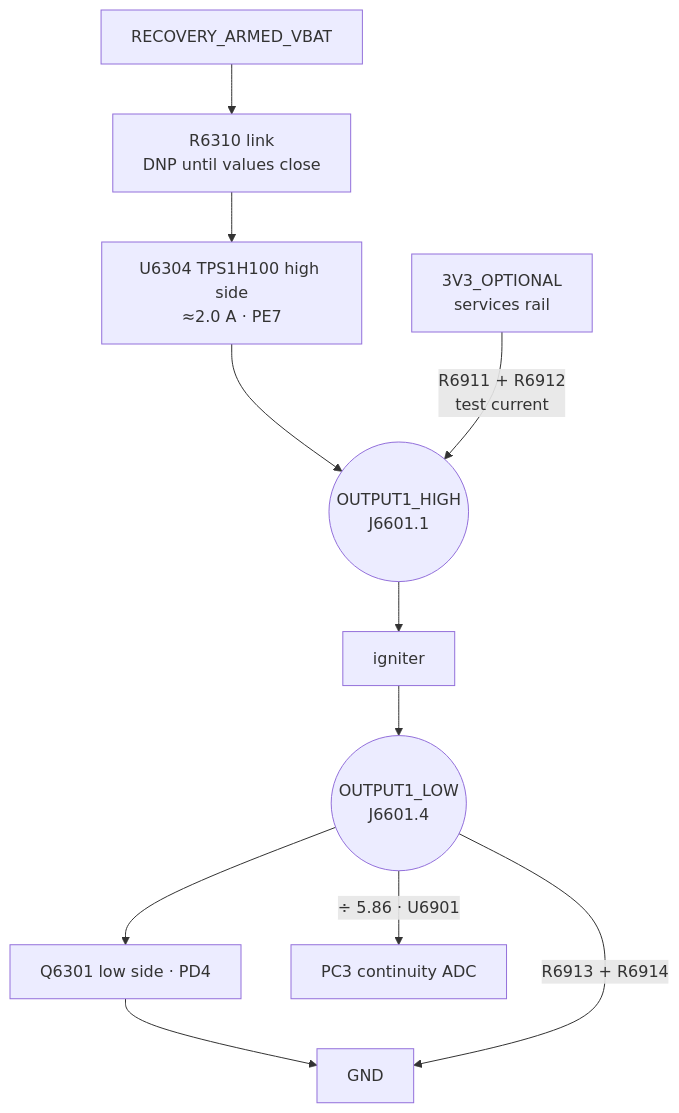
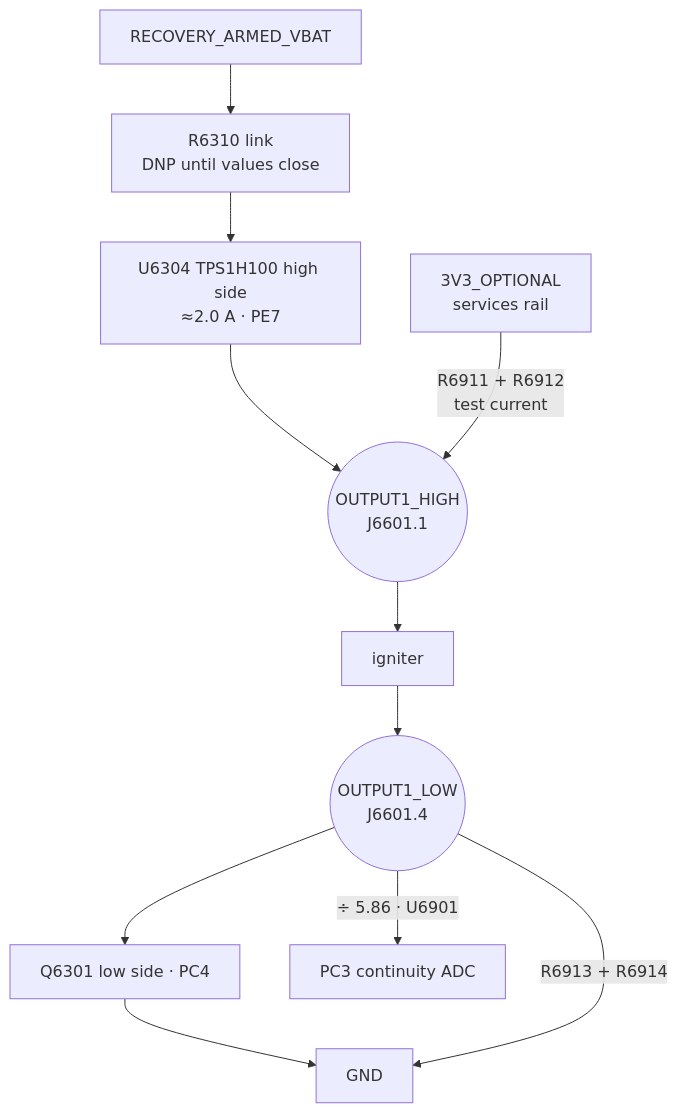
The second of 2 diagrams in docs/architecture/03-energetic-outputs.md (ULAS-HiPR/Ogma2), drawn with Mermaid before and after one commit. The commit also changed other lines of this file and 19 other files, not shown here.

````diff
--- a/docs/architecture/03-energetic-outputs.md
+++ b/docs/architecture/03-energetic-outputs.md
@@ -39,16 +39,16 @@
 ```mermaid
 flowchart TB
   ARM["RECOVERY_ARMED_VBAT"] --> LINK["R6310 link
 DNP until values close"] --> HS["U6304 TPS1H100 high side
 ≈2.0 A · PE7"]
   HS --> HI(("OUTPUT1_HIGH
 J6601.1"))
   SVC["3V3_OPTIONAL
 services rail"] -->|"R6911 + R6912
 test current"| HI
   HI --> IGN["igniter"] --> LO(("OUTPUT1_LOW
 J6601.4"))
-  LO --> LS["Q6301 low side · PD4"] --> G["GND"]
+  LO --> LS["Q6301 low side · PC4"] --> G["GND"]
   LO -->|"R6913 + R6914"| G
   LO -->|"÷ 5.86 · U6901"| ADC["PC3 continuity ADC"]
 ```
````
